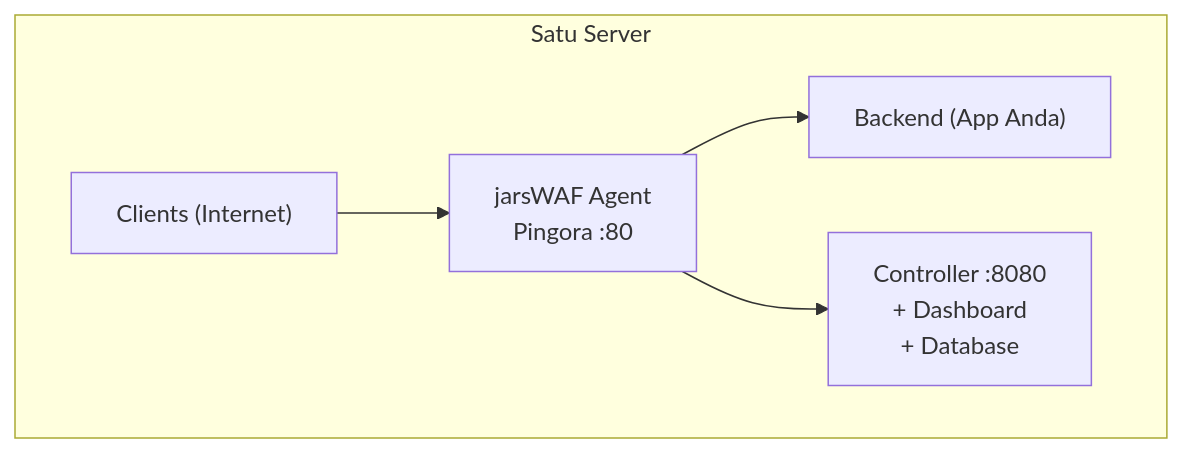
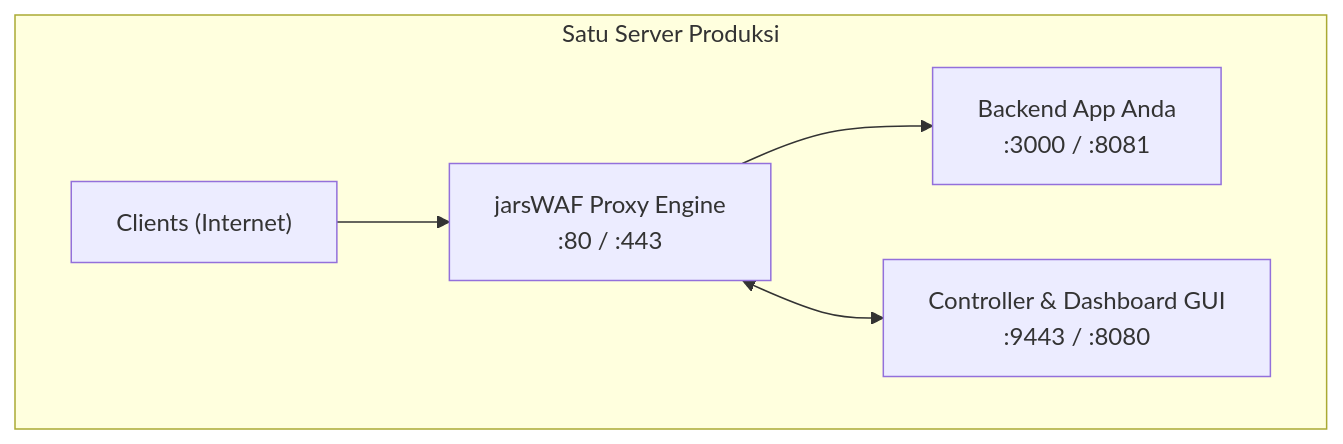
Before and after one commit to Azhar457/jarswaf: the first of 2 diagrams in README.md, drawn with Mermaid. The commit also changed other lines of this file and 98 other files, not shown here.

````diff
--- a/README.md
+++ b/README.md
@@ -96,8 +88,8 @@
 ```mermaid
 flowchart TD
-    subgraph Satu["Satu Server"]
-        C["Clients (Internet)"] --> A["jarsWAF Agent<br>Pingora :80"]
-        A --> B["Backend (App Anda)"]
-        A --> API["Controller :8080<br>+ Dashboard<br>+ Database"]
+    subgraph SingleServer["Satu Server Produksi"]
+        Client["Clients (Internet)"] --> WAF["jarsWAF Proxy Engine<br>:80 / :443"]
+        WAF --> App["Backend App Anda<br>:3000 / :8081"]
+        WAF <--> GUI["Controller & Dashboard GUI<br>:9443 / :8080"]
     end
 ```
````
